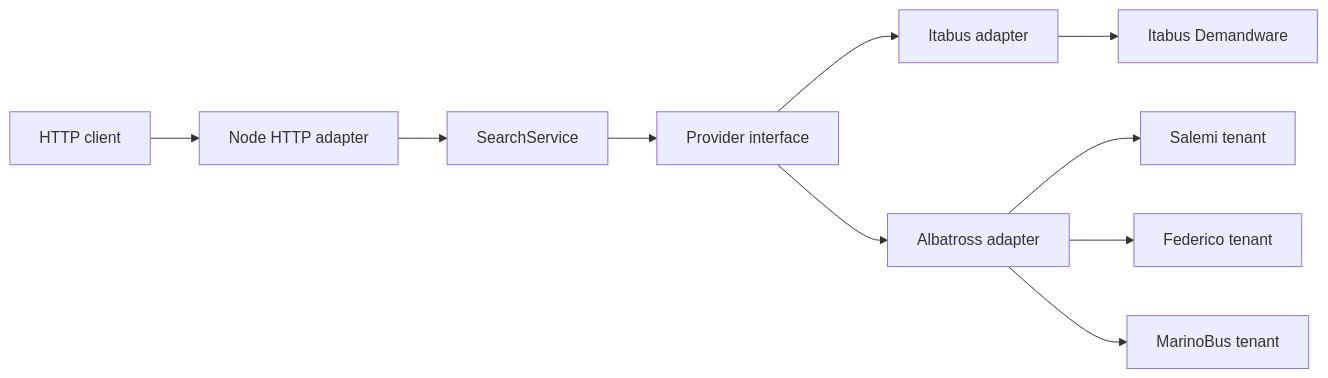
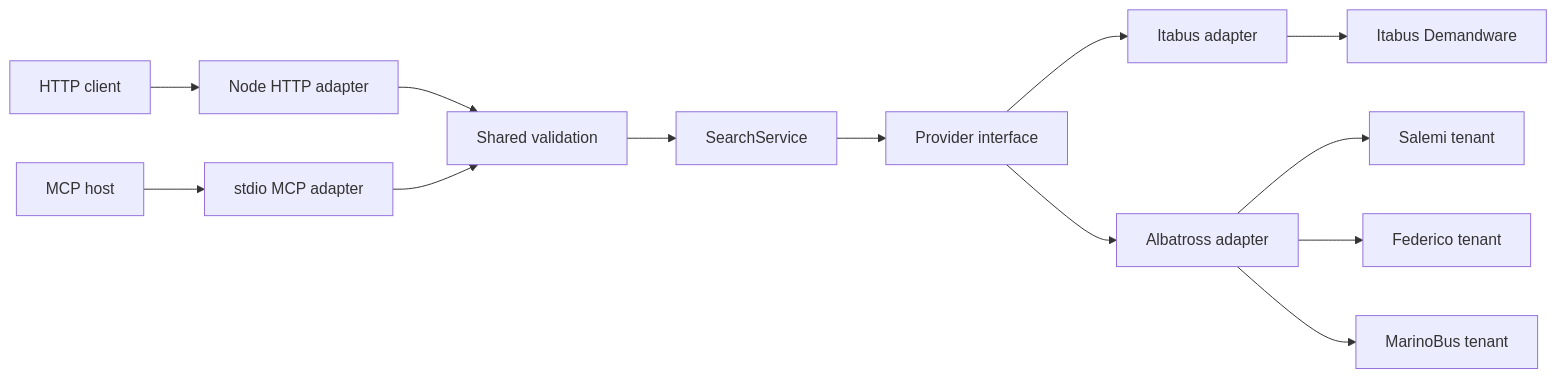
The diagram in docs/architecture.md (Alexxanddr/italian-bus-search), drawn with Mermaid before and after one commit. The commit also changed other lines of this file and 22 other files, not shown here.

````diff
--- a/docs/architecture.md
+++ b/docs/architecture.md
@@ -23,12 +27,15 @@
 ```mermaid
 flowchart LR
-    Client[HTTP client] --> App[Node HTTP adapter]
-    App --> Search[SearchService]
+    HTTPClient[HTTP client] --> HTTP[Node HTTP adapter]
+    MCPHost[MCP host] --> MCP[stdio MCP adapter]
+    HTTP --> Validation[Shared validation]
+    MCP --> Validation
+    Validation --> Search[SearchService]
     Search --> Contract[Provider interface]
     Contract --> Itabus[Itabus adapter]
     Contract --> Albatross[Albatross adapter]
     Itabus --> ItabusRemote[Itabus Demandware]
     Albatross --> Salemi[Salemi tenant]
     Albatross --> Federico[Federico tenant]
     Albatross --> MarinoBus[MarinoBus tenant]
 ```
````
